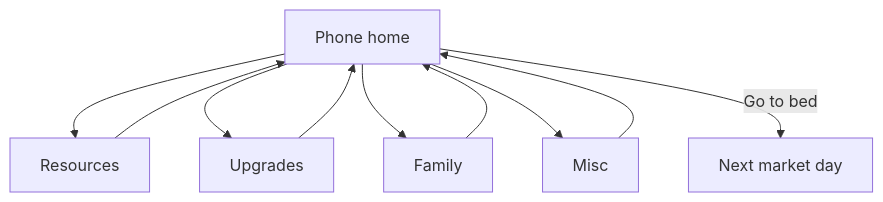
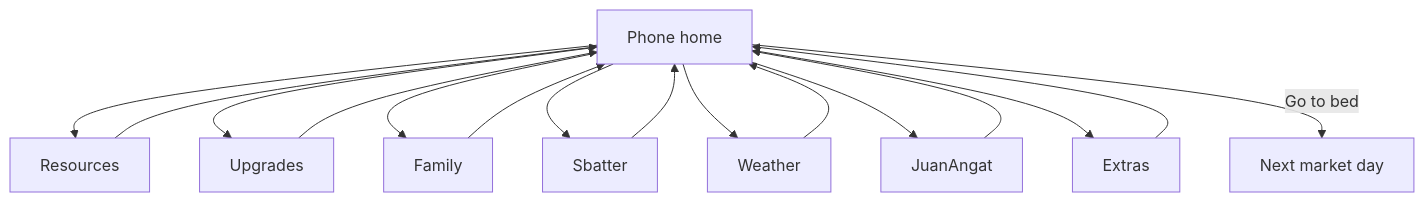
The third of 4 diagrams in README.md (Fylows/COOKS-TO-GO), drawn with Mermaid before and after one commit. The commit also changed other lines of this file and 60 other files, not shown here.

````diff
--- a/README.md
+++ b/README.md
@@ -76,12 +76,18 @@
 ```mermaid
 flowchart TB
   Home[Phone home] --> Resources
   Home --> Upgrades
   Home --> Family
-  Home --> Misc
+  Home --> Sbatter
+  Home --> Weather
+  Home --> JuanAngat
+  Home --> Extras
   Resources --> Home
   Upgrades --> Home
   Family --> Home
-  Misc --> Home
+  Sbatter --> Home
+  Weather --> Home
+  JuanAngat --> Home
+  Extras --> Home
   Home -->|Go to bed| Stall[Next market day]
 ```
````
